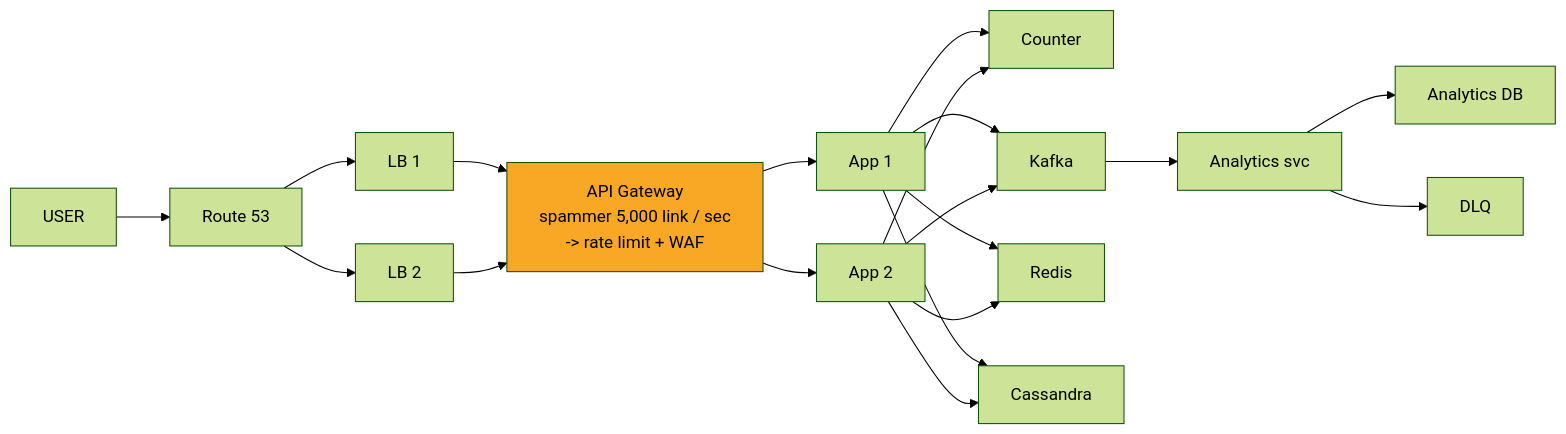
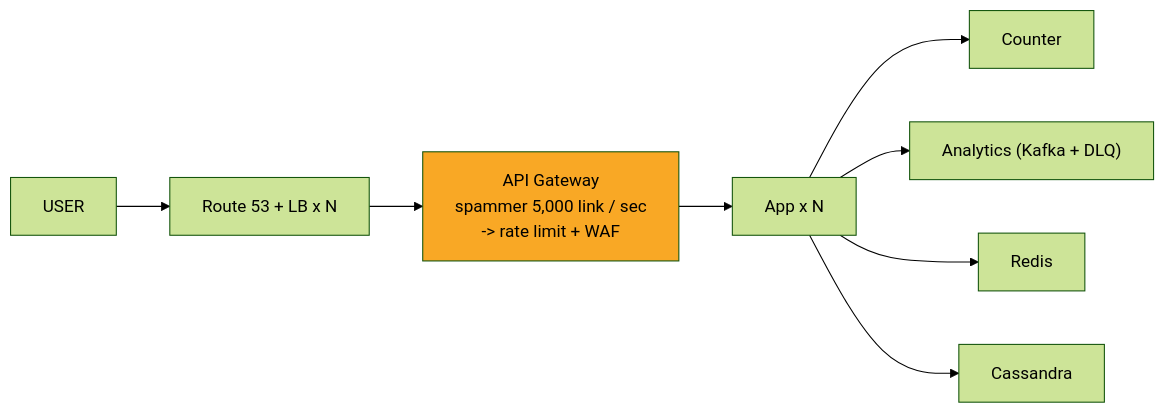
The ninth of 10 diagrams in 04_HLD/SYSTEM_DESIGNS/01_url_shortener/01_url_shortener.md (ArpanMaheshwari144/Prep), drawn with Mermaid (forest theme) before and after one commit. The commit also changed other lines of this file and 11 other files, not shown here.

Commit message:
hld: card diagrams max 8 boxes (App x N, merged stores/chains; full diagram only in AAKHRI DABBA)

````diff
--- a/04_HLD/SYSTEM_DESIGNS/01_url_shortener/01_url_shortener.md
+++ b/04_HLD/SYSTEM_DESIGNS/01_url_shortener/01_url_shortener.md
@@ -416,36 +365,19 @@
 ```mermaid
 flowchart LR
     n_USER["USER"]
-    n_Route_53["Route 53"]
+    n_EDGE["Route 53 + LB x N"]
     n_API_Gateway["API Gateway<br/>spammer 5,000 link / sec<br/>-> rate limit + WAF"]
-    n_LB_1["LB 1"]
-    n_LB_2["LB 2"]
-    n_App_x_N_1["App 1"]
-    n_App_x_N_2["App 2"]
+    n_App_xN["App x N"]
     n_Counter["Counter"]
-    n_Kafka["Kafka"]
-    n_Analytics_svc["Analytics svc"]
-    n_Analytics_DB["Analytics DB"]
-    n_DLQ["DLQ"]
+    n_ANA["Analytics (Kafka + DLQ)"]
     n_Redis["Redis"]
     n_Cassandra["Cassandra"]
-    n_USER --> n_Route_53
-    n_Route_53 --> n_LB_1
-    n_Route_53 --> n_LB_2
-    n_LB_1 --> n_API_Gateway
-    n_LB_2 --> n_API_Gateway
-    n_API_Gateway --> n_App_x_N_1
-    n_API_Gateway --> n_App_x_N_2
-    n_App_x_N_1 --> n_Counter
-    n_App_x_N_2 --> n_Counter
-    n_App_x_N_1 --> n_Kafka
-    n_App_x_N_2 --> n_Kafka
-    n_App_x_N_1 --> n_Redis
-    n_App_x_N_2 --> n_Redis
-    n_Kafka --> n_Analytics_svc
-    n_Analytics_svc --> n_Analytics_DB
-    n_App_x_N_1 --> n_Cassandra
-    n_App_x_N_2 --> n_Cassandra
-    n_Analytics_svc --> n_DLQ
+    n_USER --> n_EDGE
+    n_EDGE --> n_API_Gateway
+    n_API_Gateway --> n_App_xN
+    n_App_xN --> n_Counter
+    n_App_xN --> n_ANA
+    n_App_xN --> n_Redis
+    n_App_xN --> n_Cassandra
     style n_API_Gateway fill:#f9a825,color:#000
 ```
````
